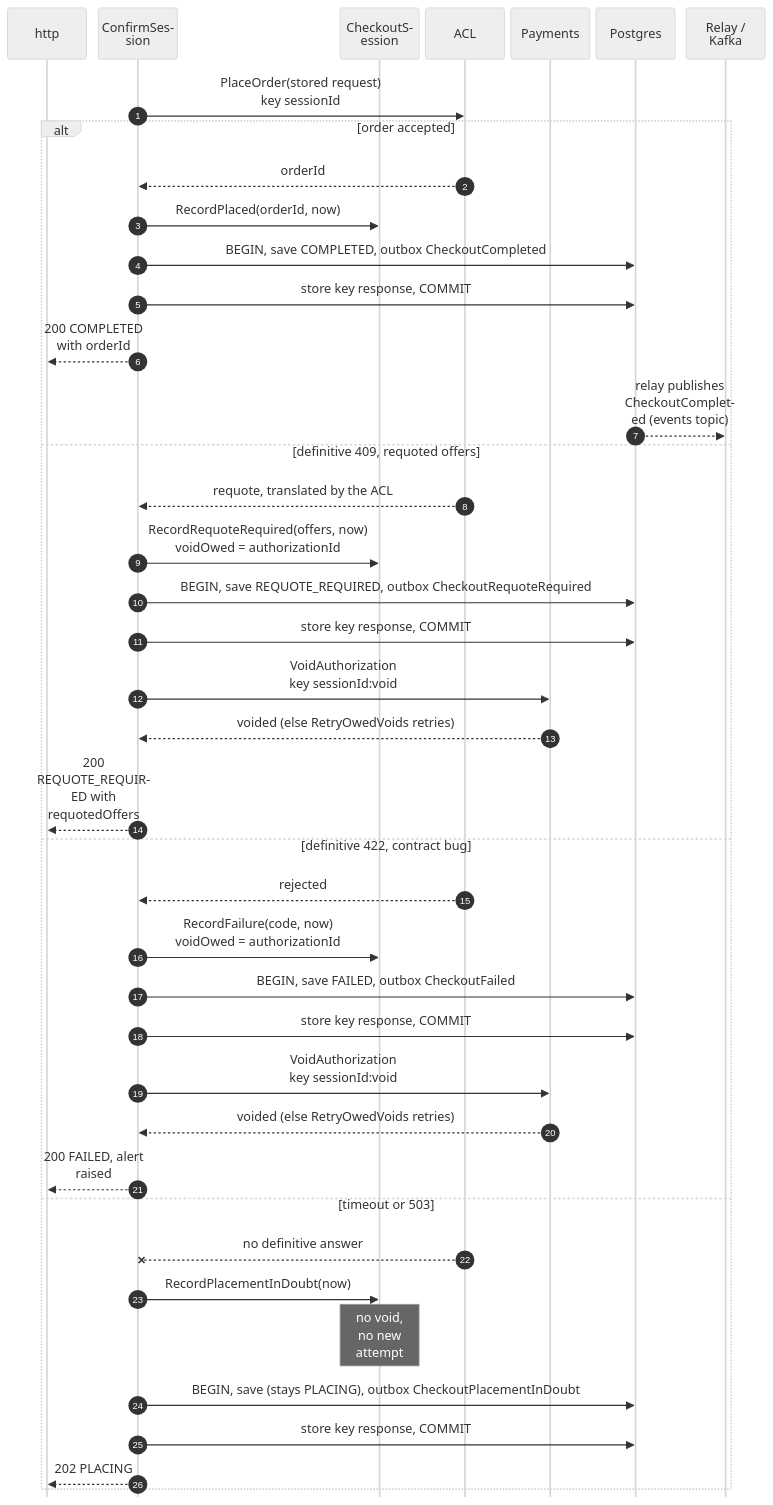
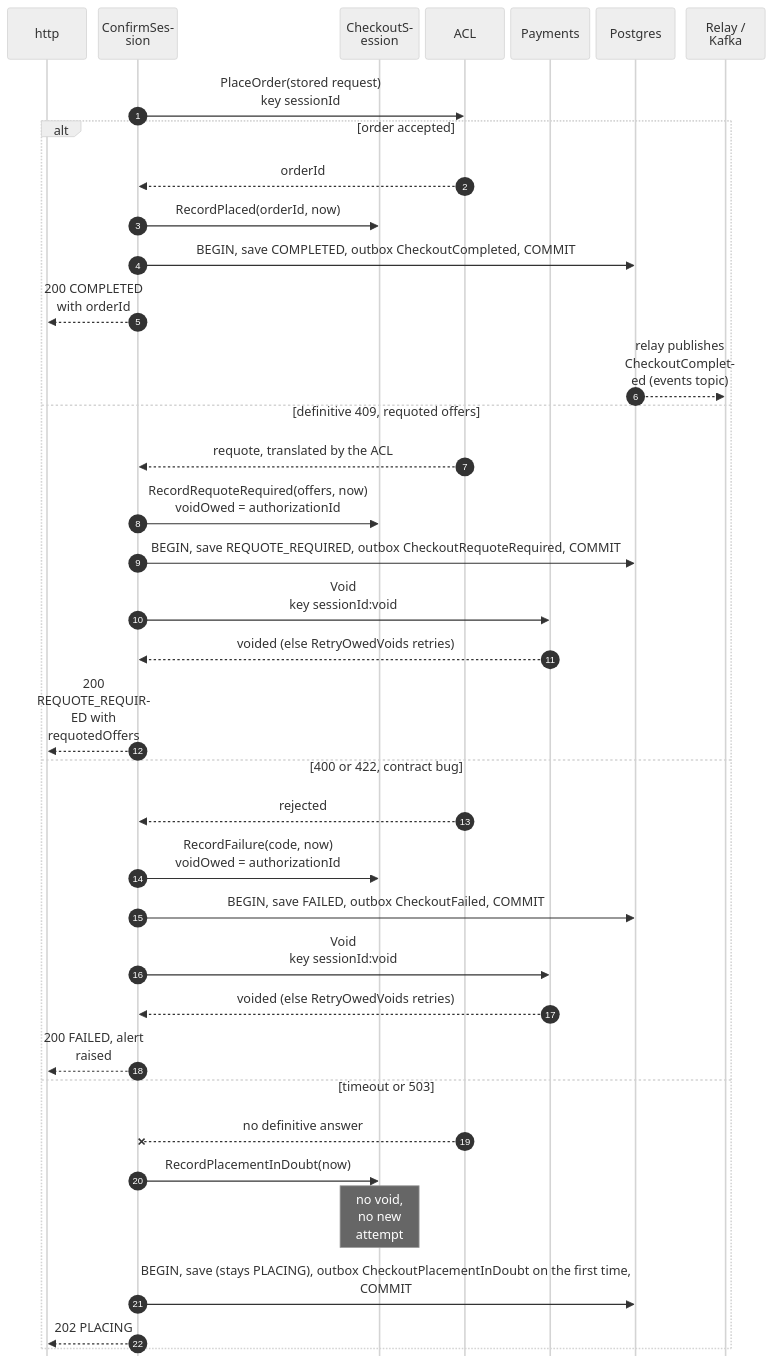
The third of 5 diagrams in docs/docs/ddd/sequence-diagrams.md (IQVO/checkout), drawn with Mermaid (neutral theme) before and after one commit. The commit also changed other lines of this file and 8 other files, not shown here.

````diff
--- a/docs/docs/ddd/sequence-diagrams.md
+++ b/docs/docs/ddd/sequence-diagrams.md
@@ -154,44 +156,40 @@
 ```mermaid
 %%{init: {"sequence": {"wrap": true, "width": 100, "actorMargin": 8, "messageMargin": 28, "boxMargin": 6, "noteMargin": 6, "mirrorActors": false}}}%%
 sequenceDiagram
     autonumber
     participant H as http
     participant UC as ConfirmSession
     participant A as CheckoutSession
     participant O as ACL
     participant P as Payments
     participant DB as Postgres
     participant K as Relay / Kafka
     UC->>O: PlaceOrder(stored request)<br/>key sessionId
     alt order accepted
         O-->>UC: orderId
         UC->>A: RecordPlaced(orderId, now)
-        UC->>DB: BEGIN, save COMPLETED, outbox CheckoutCompleted
-        UC->>DB: store key response, COMMIT
+        UC->>DB: BEGIN, save COMPLETED, outbox CheckoutCompleted, COMMIT
         UC-->>H: 200 COMPLETED with orderId
         DB-->>K: relay publishes CheckoutCompleted (events topic)
     else definitive 409, requoted offers
         O-->>UC: requote, translated by the ACL
         UC->>A: RecordRequoteRequired(offers, now)<br/>voidOwed = authorizationId
-        UC->>DB: BEGIN, save REQUOTE_REQUIRED, outbox CheckoutRequoteRequired
-        UC->>DB: store key response, COMMIT
-        UC->>P: VoidAuthorization<br/>key sessionId:void
+        UC->>DB: BEGIN, save REQUOTE_REQUIRED, outbox CheckoutRequoteRequired, COMMIT
+        UC->>P: Void<br/>key sessionId:void
         P-->>UC: voided (else RetryOwedVoids retries)
         UC-->>H: 200 REQUOTE_REQUIRED with requotedOffers
-    else definitive 422, contract bug
+    else 400 or 422, contract bug
         O-->>UC: rejected
         UC->>A: RecordFailure(code, now)<br/>voidOwed = authorizationId
-        UC->>DB: BEGIN, save FAILED, outbox CheckoutFailed
-        UC->>DB: store key response, COMMIT
-        UC->>P: VoidAuthorization<br/>key sessionId:void
+        UC->>DB: BEGIN, save FAILED, outbox CheckoutFailed, COMMIT
+        UC->>P: Void<br/>key sessionId:void
         P-->>UC: voided (else RetryOwedVoids retries)
         UC-->>H: 200 FAILED, alert raised
     else timeout or 503
         O--xUC: no definitive answer
         UC->>A: RecordPlacementInDoubt(now)
         Note over A: no void, no new attempt
-        UC->>DB: BEGIN, save (stays PLACING), outbox CheckoutPlacementInDoubt
-        UC->>DB: store key response, COMMIT
+        UC->>DB: BEGIN, save (stays PLACING), outbox CheckoutPlacementInDoubt on the first time, COMMIT
         UC-->>H: 202 PLACING
     end
 ```
````
